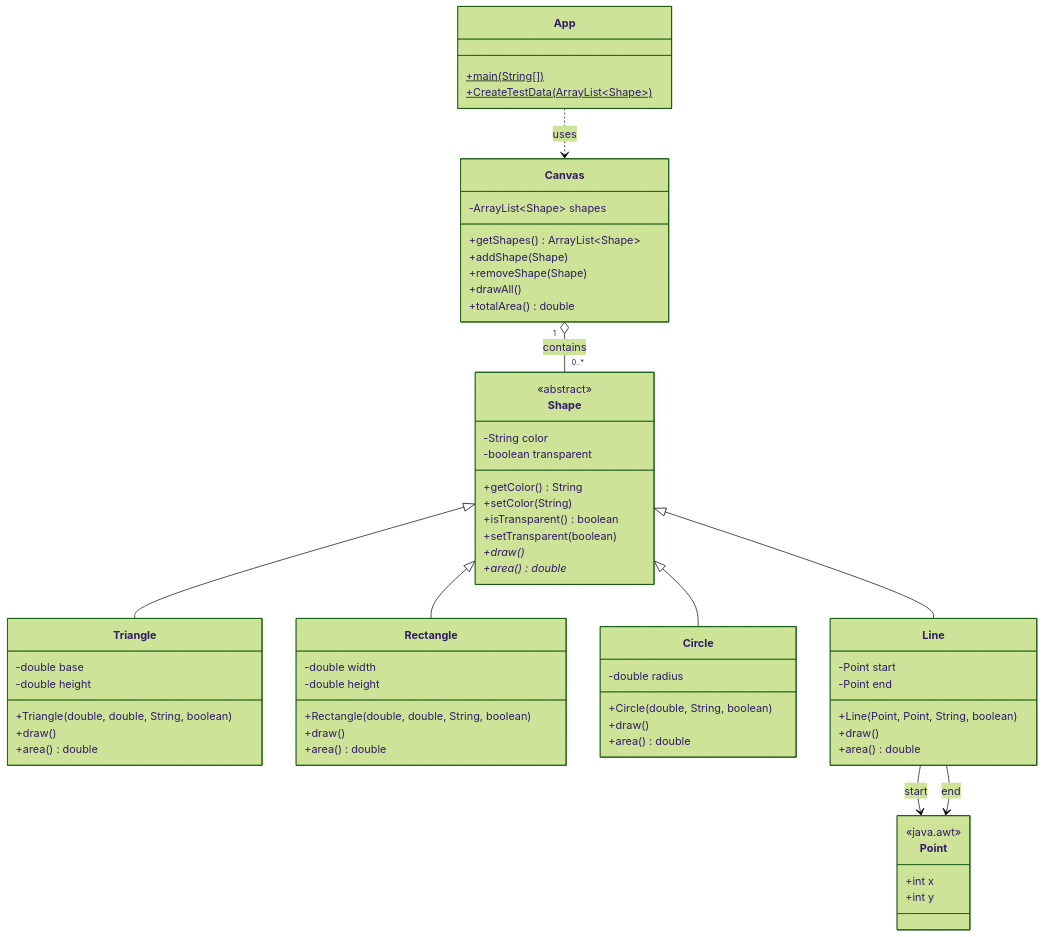
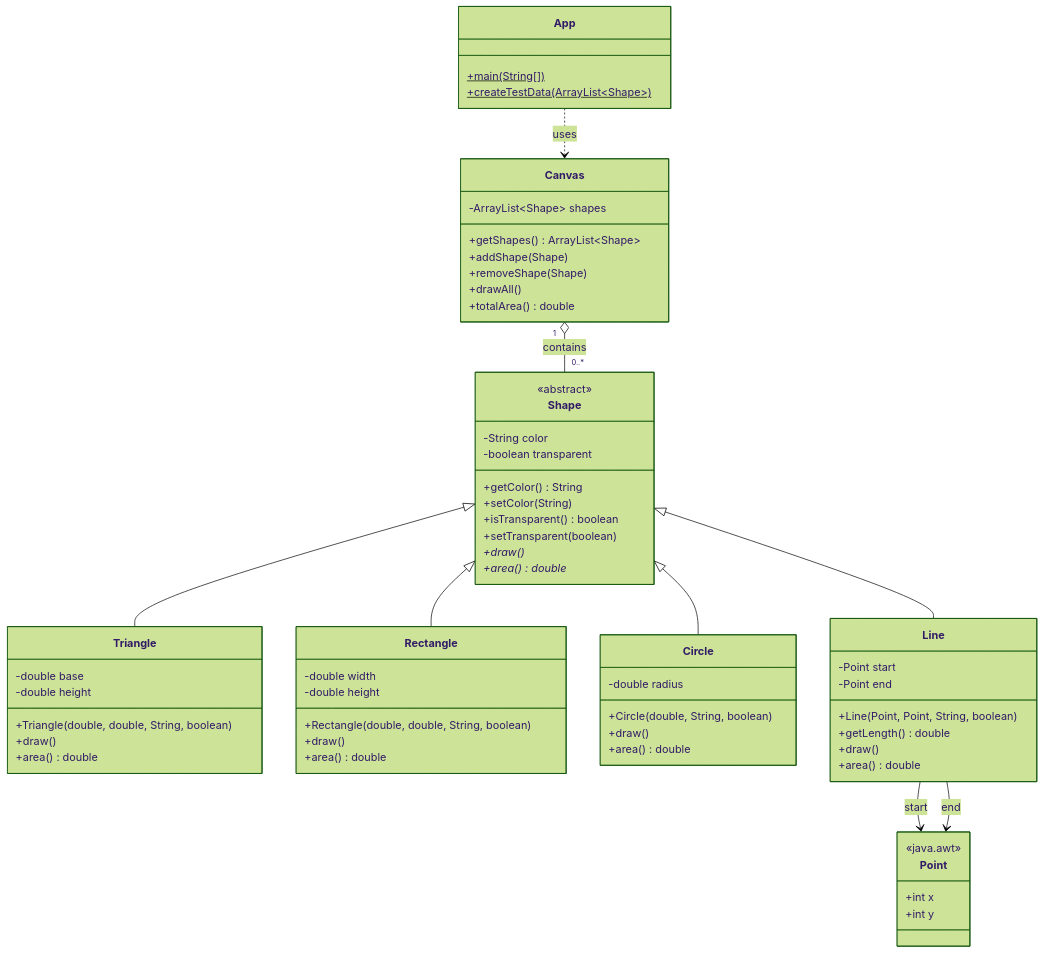
Before and after one commit to tuo-vamk/vector-draw-app: the diagram in README.md, drawn with Mermaid (forest theme). The commit also changed 2 other files, not shown here.

Commit message:
Added getLEngth to line and test functianality to app main

````diff
--- a/README.md
+++ b/README.md
@@ -7,74 +7,75 @@
 ```mermaid
 classDiagram
     class Shape {
         <<abstract>>
         -String color
         -boolean transparent
         +getColor() String
         +setColor(String)
         +isTransparent() boolean
         +setTransparent(boolean)
         +draw()*
         +area()* double
     }
 
     class Triangle {
         -double base
         -double height
         +Triangle(double, double, String, boolean)
         +draw()
         +area() double
     }
 
     class Rectangle {
         -double width
         -double height
         +Rectangle(double, double, String, boolean)
         +draw()
         +area() double
     }
 
     class Circle {
         -double radius
         +Circle(double, String, boolean)
         +draw()
         +area() double
     }
 
     class Line {
         -Point start
         -Point end
         +Line(Point, Point, String, boolean)
+        +getLength() double
         +draw()
         +area() double
     }
 
     class Canvas {
         -ArrayList~Shape~ shapes
         +getShapes() ArrayList~Shape~
         +addShape(Shape)
         +removeShape(Shape)
         +drawAll()
         +totalArea() double
     }
 
     class App {
         +main(String[])$
-        +CreateTestData(ArrayList~Shape~)$
+        +createTestData(ArrayList~Shape~)$
     }
 
     class Point {
         <<java.awt>>
         +int x
         +int y
     }
 
     Shape <|-- Triangle
     Shape <|-- Rectangle
     Shape <|-- Circle
     Shape <|-- Line
     Canvas "1" o-- "0..*" Shape : contains
     App ..> Canvas : uses
     Line --> Point : start
     Line --> Point : end
 ```
````
